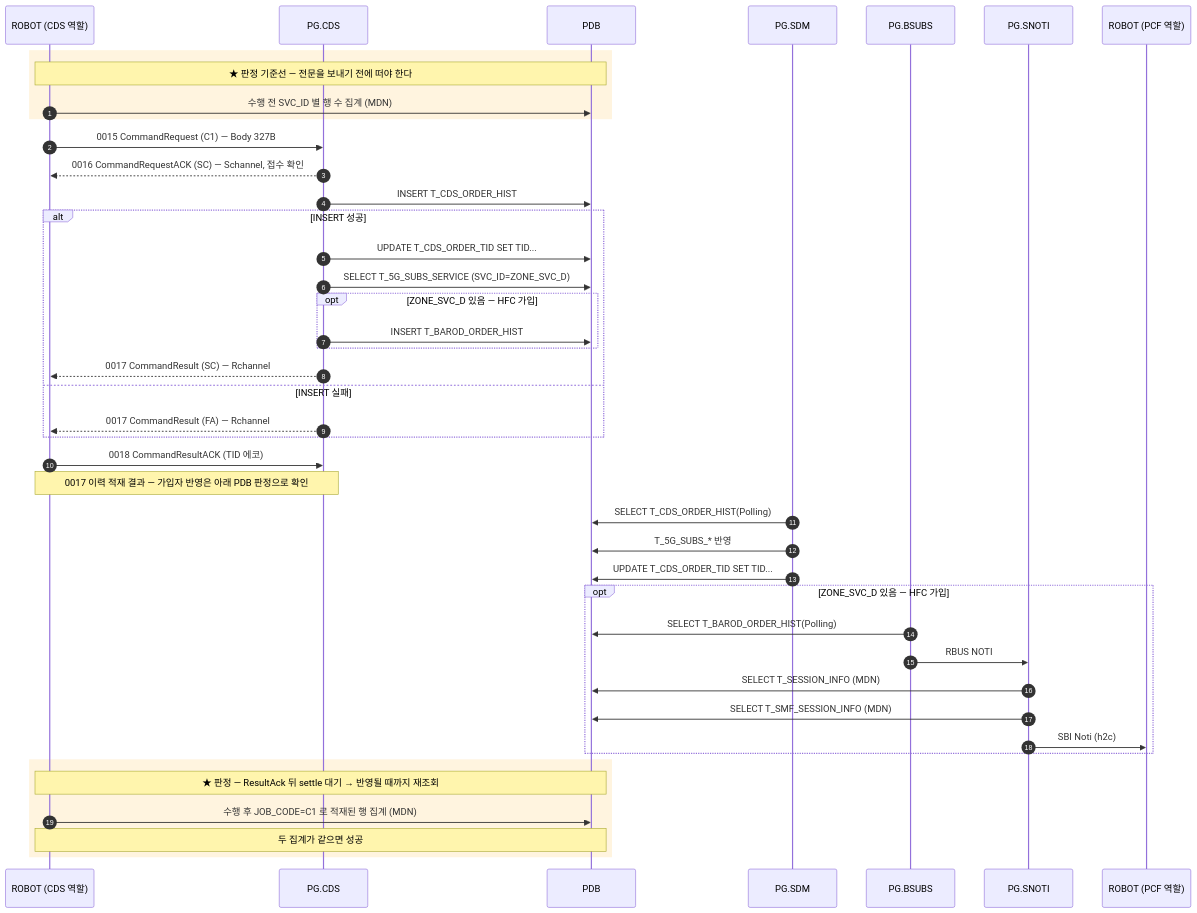
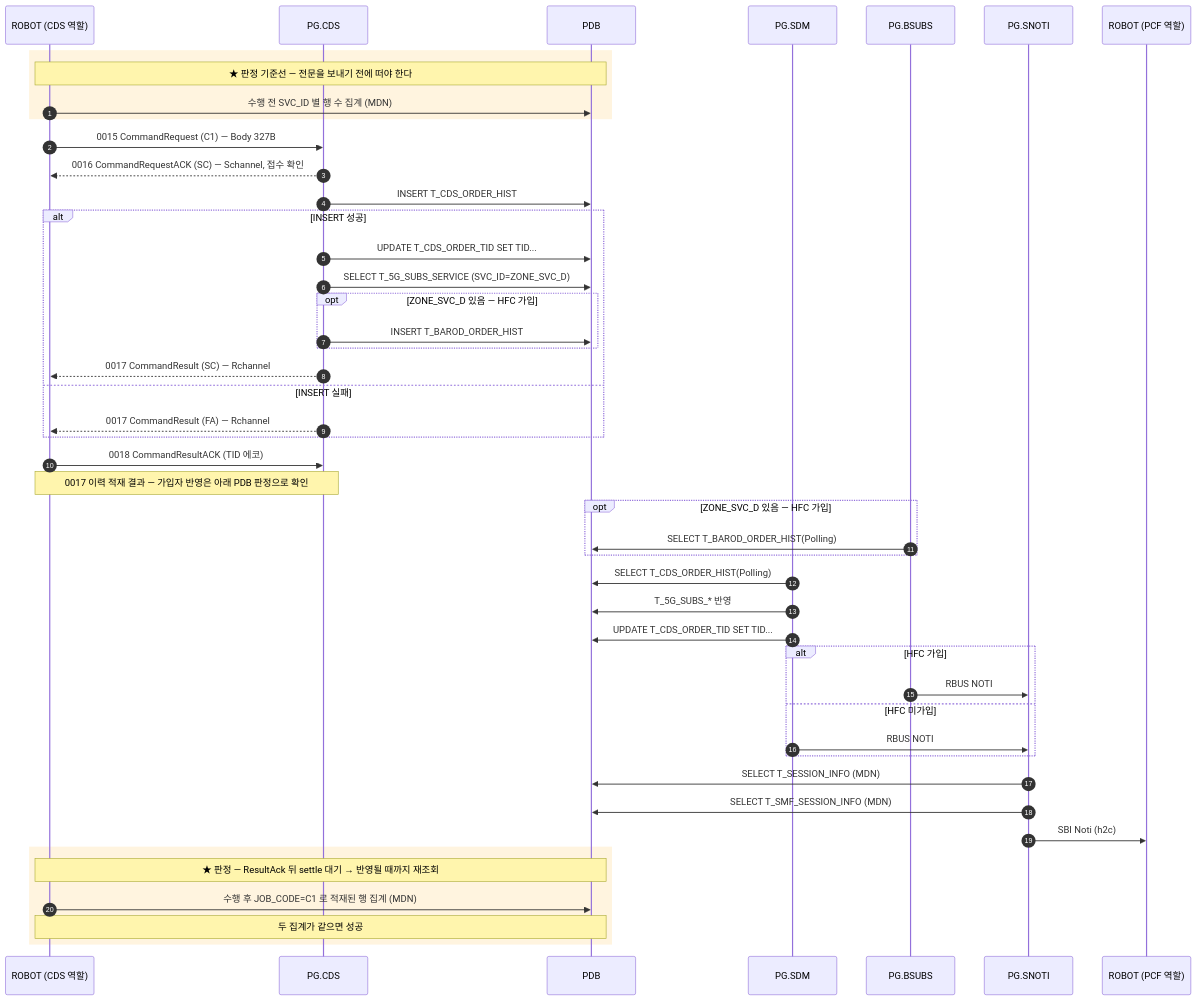
Before and after one commit to IanKim2030/tc4robot: the diagram in docs/callflow/CDS_C1.md, drawn with Mermaid. The commit also changed other lines of this file and 17 other files, not shown here.

````diff
--- a/docs/callflow/CDS_C1.md
+++ b/docs/callflow/CDS_C1.md
@@ -17,48 +17,51 @@
 ```mermaid
 sequenceDiagram
     autonumber
     participant TOOL as ROBOT (CDS 역할)
     participant PCDS as PG.CDS
     participant PDB as PDB
     participant SDM as PG.SDM
     participant BSUBS as PG.BSUBS
     participant SNOTI as PG.SNOTI
     participant PCF as ROBOT (PCF 역할)
 
     rect rgba(255, 176, 32, 0.14)
     Note over TOOL,PDB: ★ 판정 기준선 — 전문을 보내기 전에 떠야 한다
         TOOL->>PDB: 수행 전 SVC_ID 별 행 수 집계 (MDN)
     end
     TOOL->>PCDS: 0015 CommandRequest (C1) — Body 327B
     PCDS-->>TOOL: 0016 CommandRequestACK (SC) — Schannel, 접수 확인
     PCDS->>PDB: INSERT T_CDS_ORDER_HIST
     alt INSERT 성공
         PCDS->>PDB: UPDATE T_CDS_ORDER_TID SET TID...
         PCDS->>PDB: SELECT T_5G_SUBS_SERVICE (SVC_ID=ZONE_SVC_D)
         opt ZONE_SVC_D 있음 — HFC 가입
             PCDS->>PDB: INSERT T_BAROD_ORDER_HIST
         end
         PCDS-->>TOOL: 0017 CommandResult (SC) — Rchannel
     else INSERT 실패
         PCDS-->>TOOL: 0017 CommandResult (FA) — Rchannel
     end
     TOOL->>PCDS: 0018 CommandResultACK (TID 에코)
     Note over TOOL,PCDS: 0017 이력 적재 결과 — 가입자 반영은 아래 PDB 판정으로 확인
 
+    opt ZONE_SVC_D 있음 — HFC 가입
+        BSUBS->>PDB: SELECT T_BAROD_ORDER_HIST(Polling)
+    end
     SDM->>PDB: SELECT T_CDS_ORDER_HIST(Polling)
     SDM->>PDB: T_5G_SUBS_* 반영
     SDM->>PDB: UPDATE T_CDS_ORDER_TID SET TID...
-
-    opt ZONE_SVC_D 있음 — HFC 가입
-        BSUBS->>PDB: SELECT T_BAROD_ORDER_HIST(Polling)
+    alt HFC 가입
         BSUBS->>SNOTI: RBUS NOTI
-        SNOTI->>PDB: SELECT T_SESSION_INFO (MDN)
-        SNOTI->>PDB: SELECT T_SMF_SESSION_INFO (MDN)
-        SNOTI->>PCF: SBI Noti (h2c)
+    else HFC 미가입
+        SDM->>SNOTI: RBUS NOTI
     end
+    SNOTI->>PDB: SELECT T_SESSION_INFO (MDN)
+    SNOTI->>PDB: SELECT T_SMF_SESSION_INFO (MDN)
+    SNOTI->>PCF: SBI Noti (h2c)
     rect rgba(255, 176, 32, 0.14)
     Note over TOOL,PDB: ★ 판정 — ResultAck 뒤 settle 대기 → 반영될 때까지 재조회
         TOOL->>PDB: 수행 후 JOB_CODE=C1 로 적재된 행 집계 (MDN)
         Note over TOOL,PDB: 두 집계가 같으면 성공
     end
 ```
````
